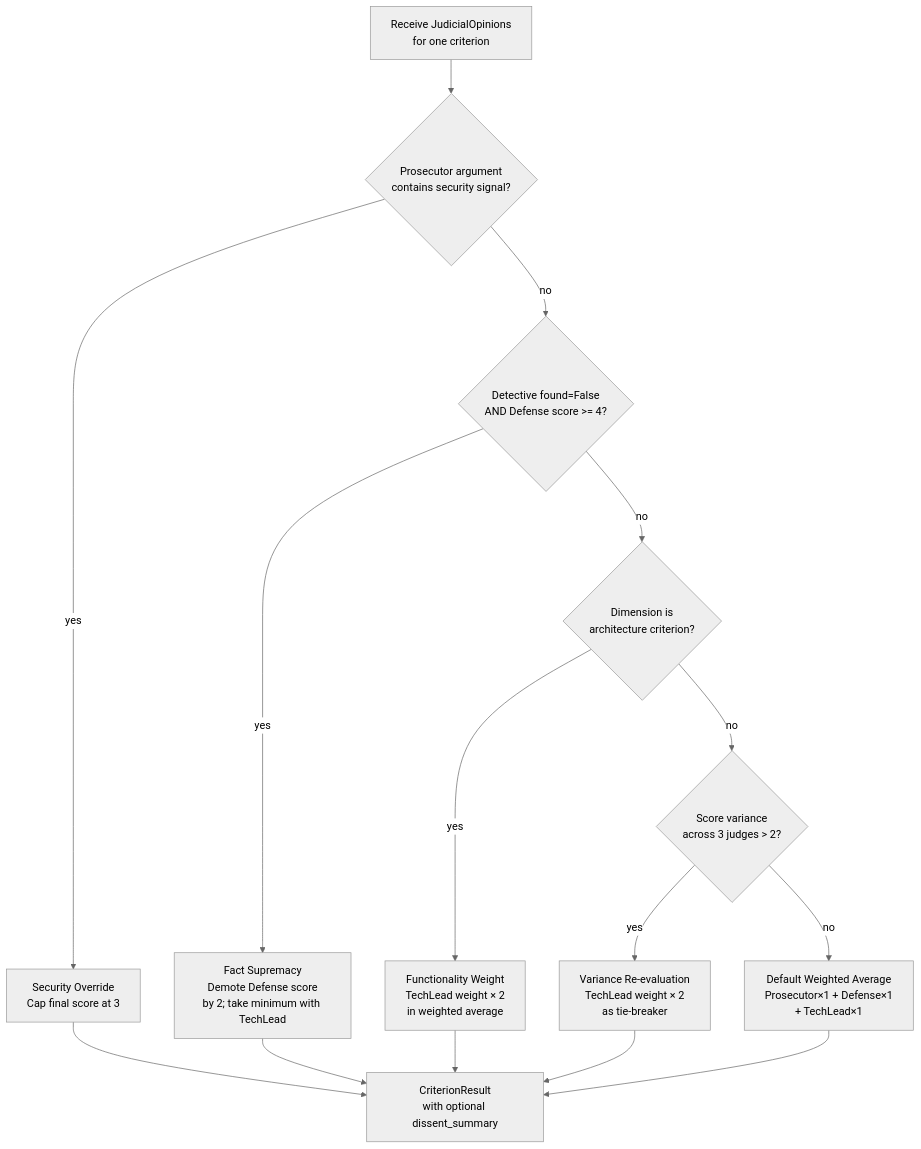
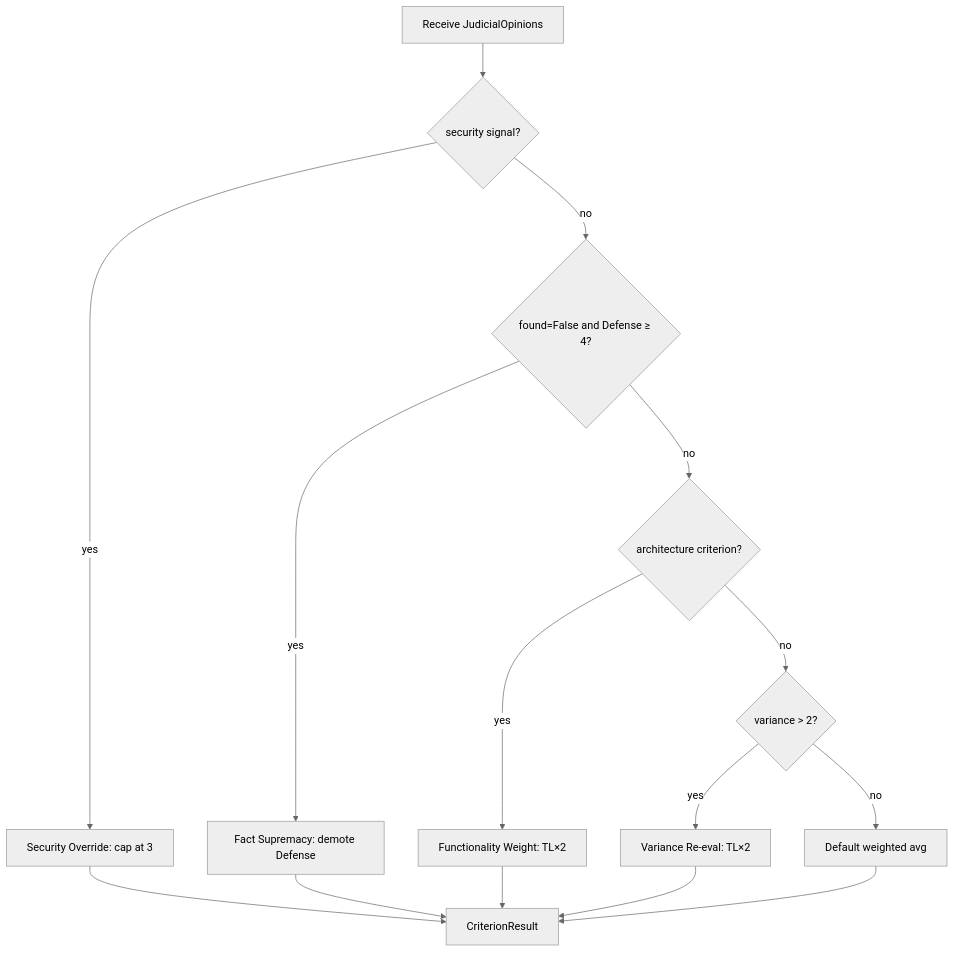
The ninth of 10 diagrams in reports/final_report.md (NebiyouBelaineh/LangGraph-Automation-Auditor), drawn with Mermaid (neutral theme) before and after one commit. The commit also changed other lines of this file and 1 other file, not shown here.

First line of the commit message:
docs: rubric compliance — theoretical depth and audit summary

````diff
--- a/reports/final_report.md
+++ b/reports/final_report.md
@@ -549,17 +569,17 @@
 ```mermaid
 flowchart TD
-    A[Receive JudicialOpinions\nfor one criterion] --> B{Prosecutor argument\ncontains security signal?}
-    B -->|yes| C[Security Override\nCap final score at 3]
-    B -->|no| D{Detective found=False\nAND Defense score >= 4?}
-    D -->|yes| E[Fact Supremacy\nDemote Defense score\nby 2; take minimum with TechLead]
-    D -->|no| F{Dimension is\narchitecture criterion?}
-    F -->|yes| G[Functionality Weight\nTechLead weight × 2\nin weighted average]
-    F -->|no| H{Score variance\nacross 3 judges > 2?}
-    H -->|yes| I[Variance Re-evaluation\nTechLead weight × 2\nas tie-breaker]
-    H -->|no| J[Default Weighted Average\nProsecutor×1 + Defense×1\n+ TechLead×1]
-    C --> K[CriterionResult\nwith optional dissent_summary]
+    A[Receive JudicialOpinions] --> B{security signal?}
+    B -->|yes| C[Security Override: cap at 3]
+    B -->|no| D{found=False and Defense ≥ 4?}
+    D -->|yes| E[Fact Supremacy: demote Defense]
+    D -->|no| F{architecture criterion?}
+    F -->|yes| G[Functionality Weight: TL×2]
+    F -->|no| H{variance > 2?}
+    H -->|yes| I[Variance Re-eval: TL×2]
+    H -->|no| J[Default weighted avg]
+    C --> K[CriterionResult]
     E --> K
     G --> K
     I --> K
     J --> K
 ```
````
